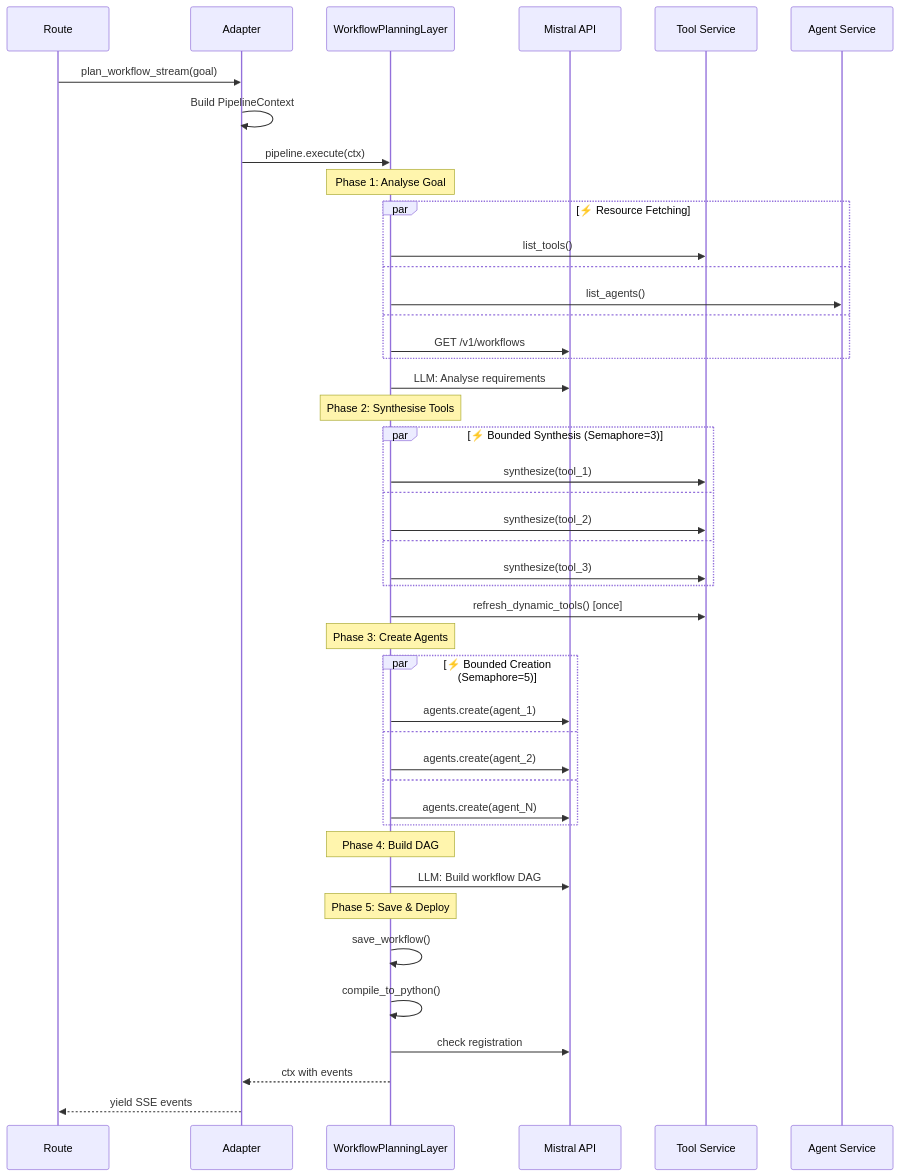
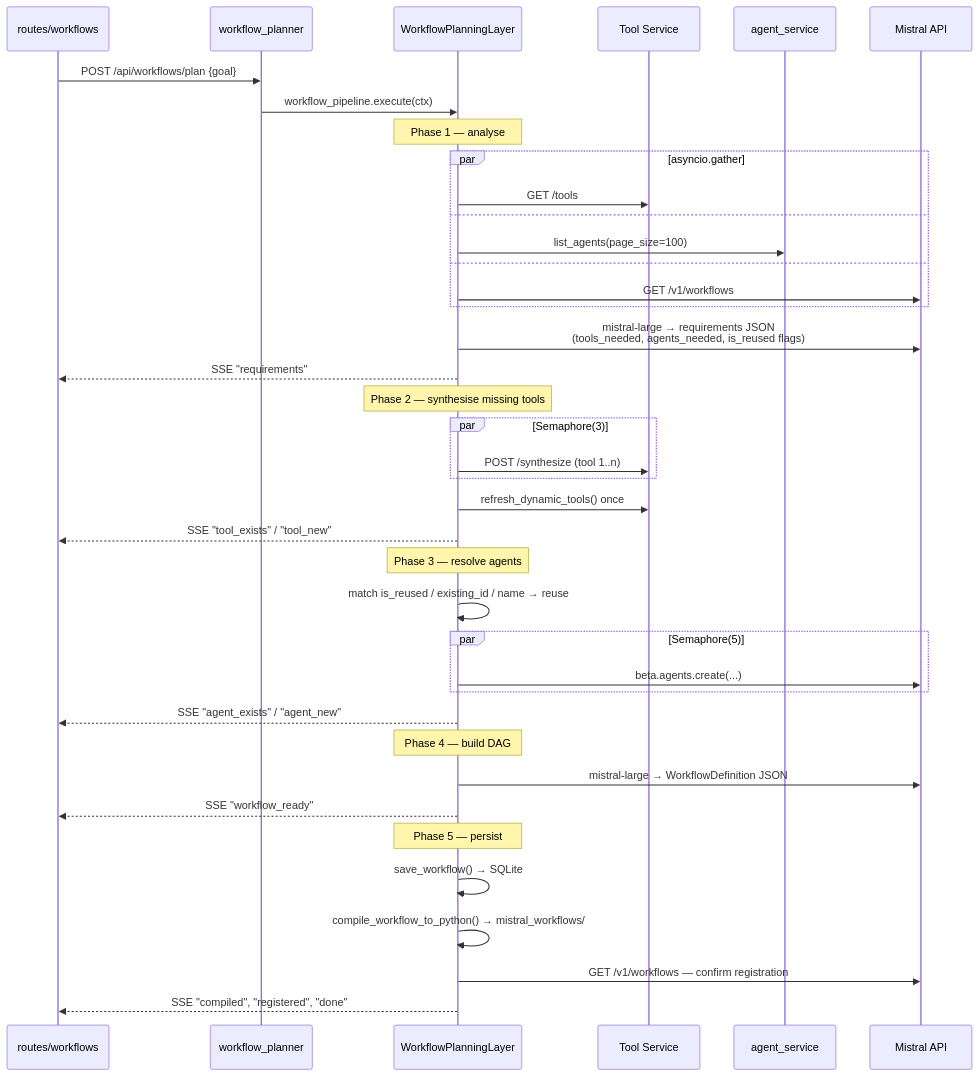
Before and after one commit to harshgurjar731/Mistral_Dynamic_Agent_Tools: the tenth of 16 diagrams in architecture.md, drawn with Mermaid. The commit also changed other lines of this file and 53 other files, not shown here.

Commit message:
feat: implement full-stack workflow builder, remote server management, and MCP tool registration system

````diff
--- a/architecture.md
+++ b/architecture.md
@@ -142,58 +582,47 @@
 ```mermaid
 sequenceDiagram
-    participant R as Route
-    participant A as Adapter
-    participant WPL as WorkflowPlanningLayer
+    participant R as routes/workflows
+    participant A as workflow_planner
+    participant W as WorkflowPlanningLayer
+    participant TS as Tool Service
+    participant AS as agent_service
     participant M as Mistral API
-    participant TS as Tool Service
-    participant AS as Agent Service
 
-    R->>A: plan_workflow_stream(goal)
-    A->>A: Build PipelineContext
-    A->>WPL: pipeline.execute(ctx)
+    R->>A: POST /api/workflows/plan {goal}
+    A->>W: workflow_pipeline.execute(ctx)
 
-    Note over WPL: Phase 1: Analyse Goal
+    Note over W: Phase 1 — analyse
+    par asyncio.gather
+        W->>TS: GET /tools
+    and
+        W->>AS: list_agents(page_size=100)
+    and
+        W->>M: GET /v1/workflows
+    end
+    W->>M: mistral-large → requirements JSON<br/>(tools_needed, agents_needed, is_reused flags)
+    W-->>R: SSE "requirements"
 
-    par ⚡ Resource Fetching
-        WPL->>TS: list_tools()
-    and
-        WPL->>AS: list_agents()
-    and
-        WPL->>M: GET /v1/workflows
+    Note over W: Phase 2 — synthesise missing tools
+    par Semaphore(3)
+        W->>TS: POST /synthesize (tool 1..n)
     end
+    W->>TS: refresh_dynamic_tools() once
+    W-->>R: SSE "tool_exists" / "tool_new"
 
-    WPL->>M: LLM: Analyse requirements
+    Note over W: Phase 3 — resolve agents
+    W->>W: match is_reused / existing_id / name → reuse
+    par Semaphore(5)
+        W->>M: beta.agents.create(...)
+    end
+    W-->>R: SSE "agent_exists" / "agent_new"
 
-    Note over WPL: Phase 2: Synthesise Tools
+    Note over W: Phase 4 — build DAG
+    W->>M: mistral-large → WorkflowDefinition JSON
+    W-->>R: SSE "workflow_ready"
 
-    par ⚡ Bounded Synthesis (Semaphore=3)
-        WPL->>TS: synthesize(tool_1)
-    and
-        WPL->>TS: synthesize(tool_2)
-    and
-        WPL->>TS: synthesize(tool_3)
-    end
-
-    WPL->>TS: refresh_dynamic_tools() [once]
-
-    Note over WPL: Phase 3: Create Agents
-
-    par ⚡ Bounded Creation (Semaphore=5)
-        WPL->>M: agents.create(agent_1)
-    and
-        WPL->>M: agents.create(agent_2)
-    and
-        WPL->>M: agents.create(agent_N)
-    end
-
-    Note over WPL: Phase 4: Build DAG
-    WPL->>M: LLM: Build workflow DAG
-
-    Note over WPL: Phase 5: Save & Deploy
-    WPL->>WPL: save_workflow()
-    WPL->>WPL: compile_to_python()
-    WPL->>M: check registration
-
-    WPL-->>A: ctx with events
-    A-->>R: yield SSE events
+    Note over W: Phase 5 — persist
+    W->>W: save_workflow() → SQLite
+    W->>W: compile_workflow_to_python() → mistral_workflows/
+    W->>M: GET /v1/workflows — confirm registration
+    W-->>R: SSE "compiled", "registered", "done"
 ```
````
